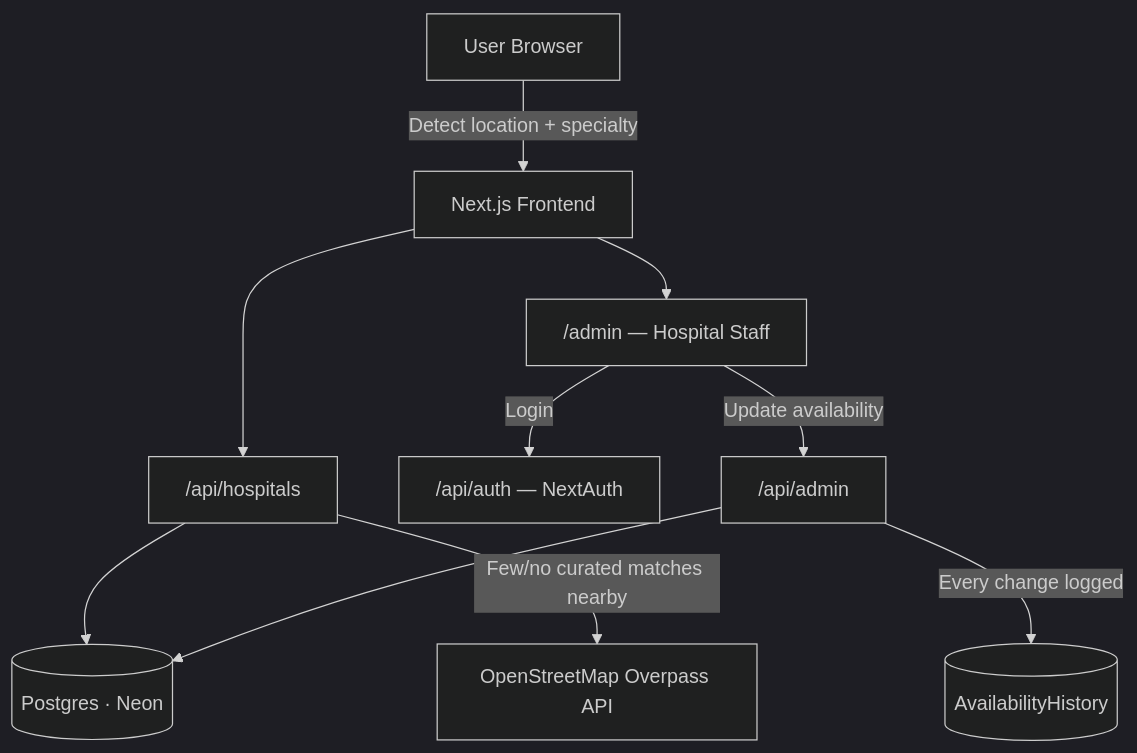
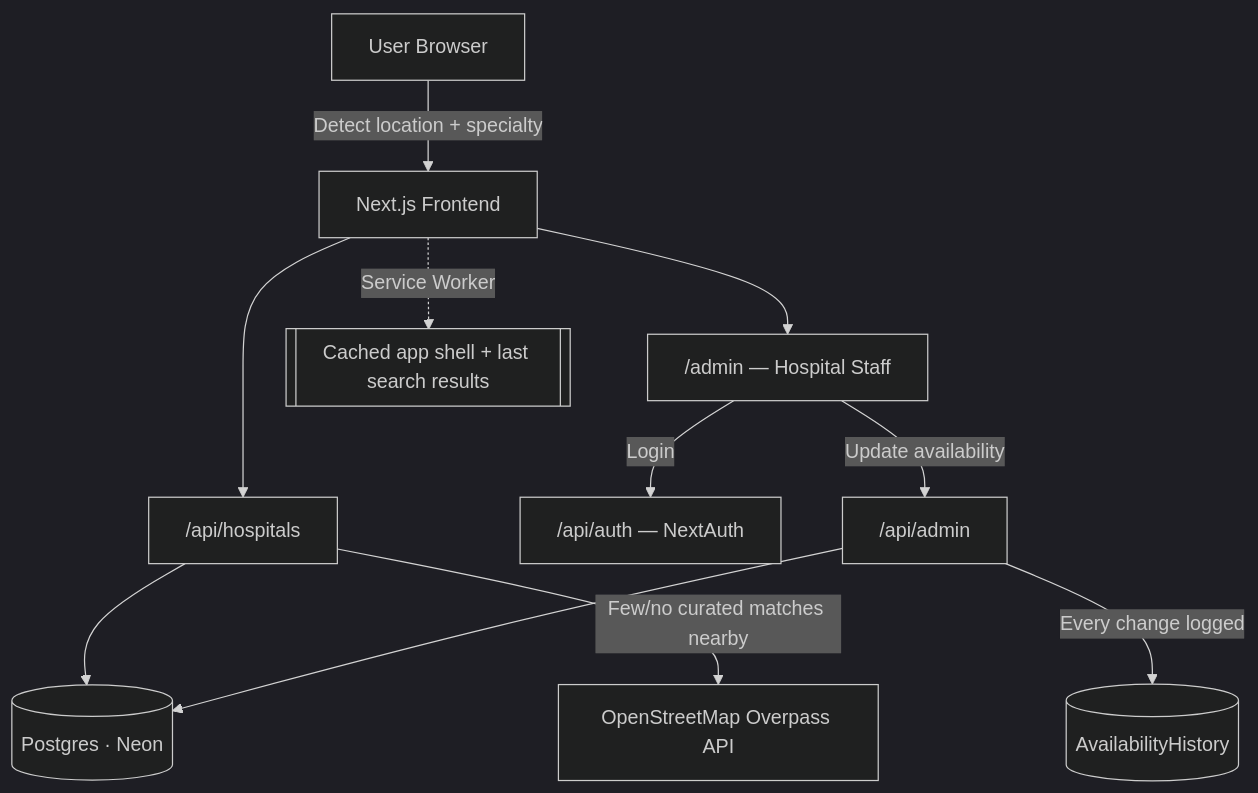
One commit to Bhupesh150603/Hospital_Finder changed the diagram in README.md. Above: the diagram before and after it, drawn with Mermaid (dark theme). The commit also changed other lines of this file, not shown here.

````diff
--- a/README.md
+++ b/README.md
@@ -42,12 +44,13 @@
 ```mermaid
 graph TD
     A[User Browser] -->|Detect location + specialty| B[Next.js Frontend]
     B --> C["/api/hospitals"]
     C --> D[(Postgres · Neon)]
     C -->|Few/no curated matches nearby| E[OpenStreetMap Overpass API]
     B --> F["/admin — Hospital Staff"]
     F -->|Login| G["/api/auth — NextAuth"]
     F -->|Update availability| H["/api/admin"]
     H --> D
     H -->|Every change logged| I[(AvailabilityHistory)]
+    B -.->|Service Worker| J[[Cached app shell + last search results]]
 ```
````
